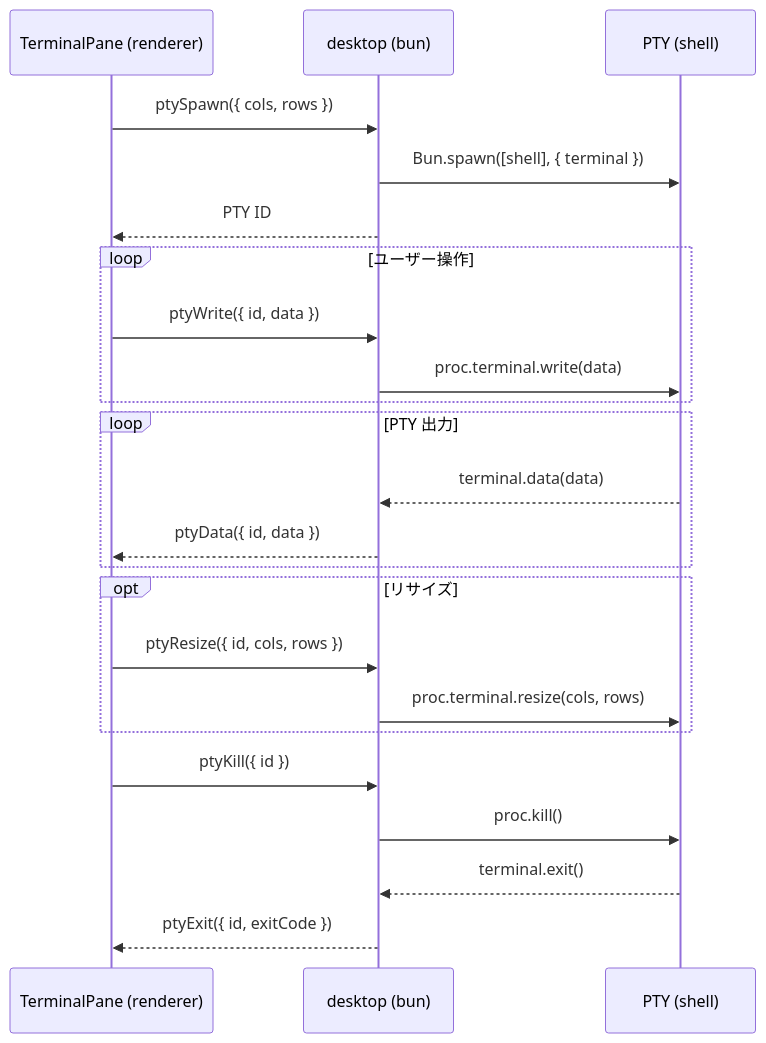
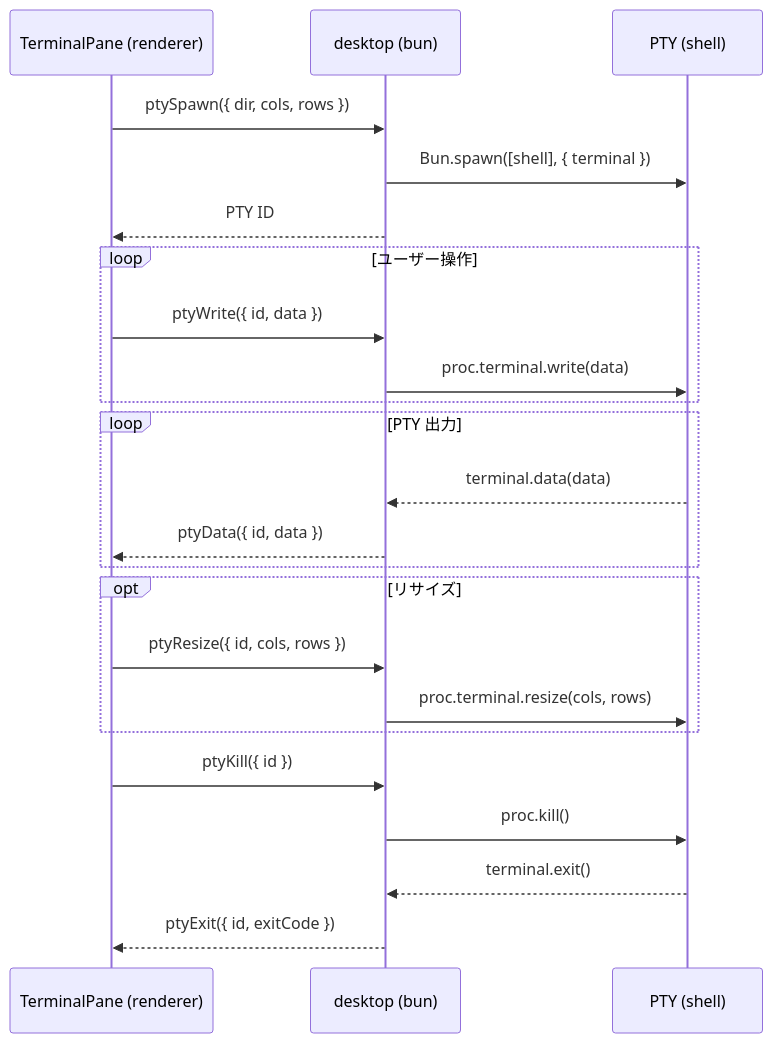
Before and after one commit to miyaoka/gozd: the diagram in docs/terminal.md, drawn with Mermaid. The commit also changed other lines of this file and 10 other files, not shown here.

````diff
--- a/docs/terminal.md
+++ b/docs/terminal.md
@@ -18,30 +26,30 @@
 ```mermaid
 sequenceDiagram
     participant R as TerminalPane (renderer)
     participant D as desktop (bun)
     participant P as PTY (shell)
 
-    R->>D: ptySpawn({ cols, rows })
+    R->>D: ptySpawn({ dir, cols, rows })
     D->>P: Bun.spawn([shell], { terminal })
     D-->>R: PTY ID
 
     loop ユーザー操作
         R->>D: ptyWrite({ id, data })
         D->>P: proc.terminal.write(data)
     end
 
     loop PTY 出力
         P-->>D: terminal.data(data)
         D-->>R: ptyData({ id, data })
     end
 
     opt リサイズ
         R->>D: ptyResize({ id, cols, rows })
         D->>P: proc.terminal.resize(cols, rows)
     end
 
     R->>D: ptyKill({ id })
     D->>P: proc.kill()
     P-->>D: terminal.exit()
     D-->>R: ptyExit({ id, exitCode })
 ```
````
